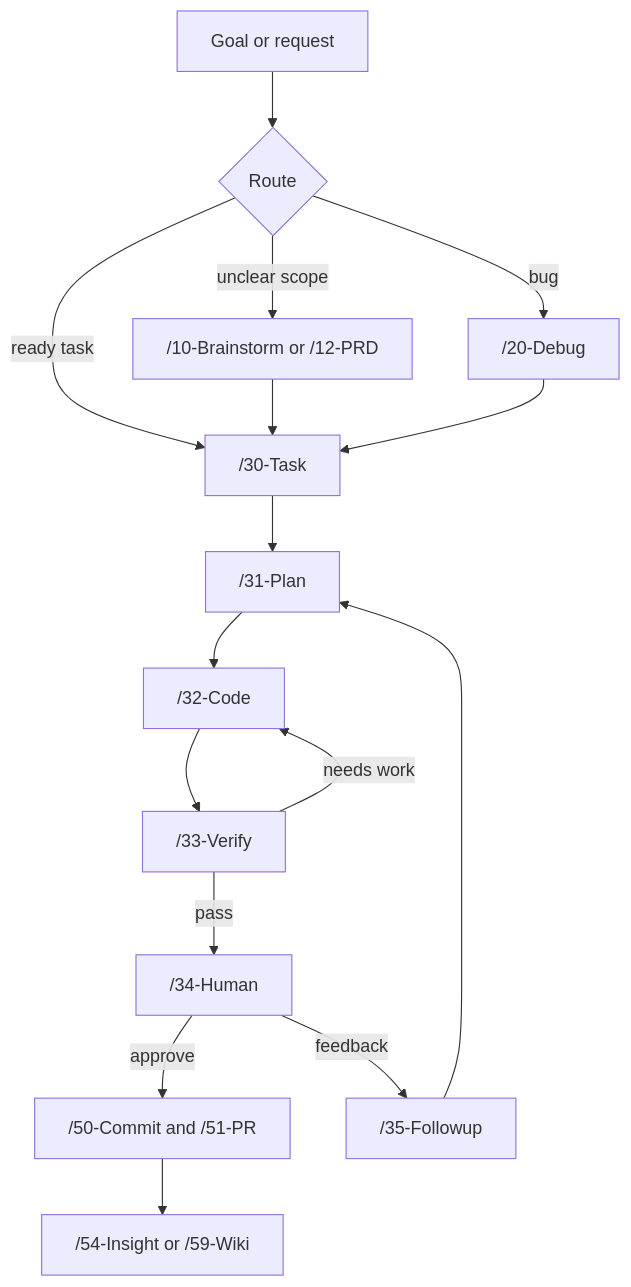
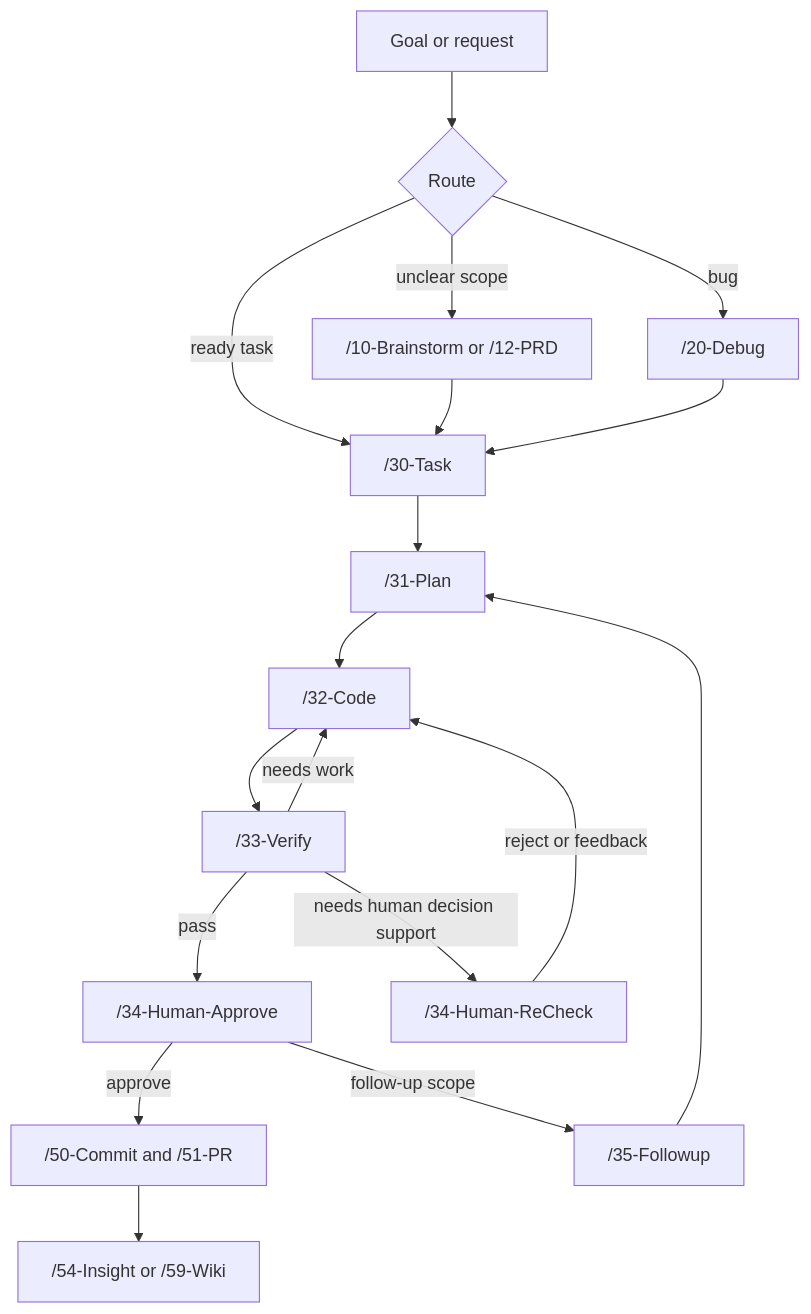
One commit to Jakkrich/nexus-devflow changed the diagram in README.md. Above: the diagram before and after it, drawn with Mermaid. The commit also changed other lines of this file and 31 other files, not shown here.

Commit message:
feat: upgrade framework to 1.5.0 with first-class human review workflows and plan approval schema

````diff
--- a/README.md
+++ b/README.md
@@ -72,18 +72,20 @@
 ```mermaid
 graph TD
     G["Goal or request"] --> R{"Route"}
     R -->|unclear scope| B["/10-Brainstorm or /12-PRD"]
     R -->|bug| D["/20-Debug"]
     R -->|ready task| T["/30-Task"]
     B --> T
     D --> T
     T --> P["/31-Plan"]
     P --> C["/32-Code"]
     C --> V["/33-Verify"]
-    V -->|pass| H["/34-Human"]
+    V -->|pass| H["/34-Human-Approve"]
     V -->|needs work| C
     H -->|approve| S["/50-Commit and /51-PR"]
-    H -->|feedback| F["/35-Followup"]
+    V -->|needs human decision support| RCH["/34-Human-ReCheck"]
+    RCH -->|reject or feedback| C
+    H -->|follow-up scope| F["/35-Followup"]
     F --> P
     S --> I["/54-Insight or /59-Wiki"]
 ```
````
